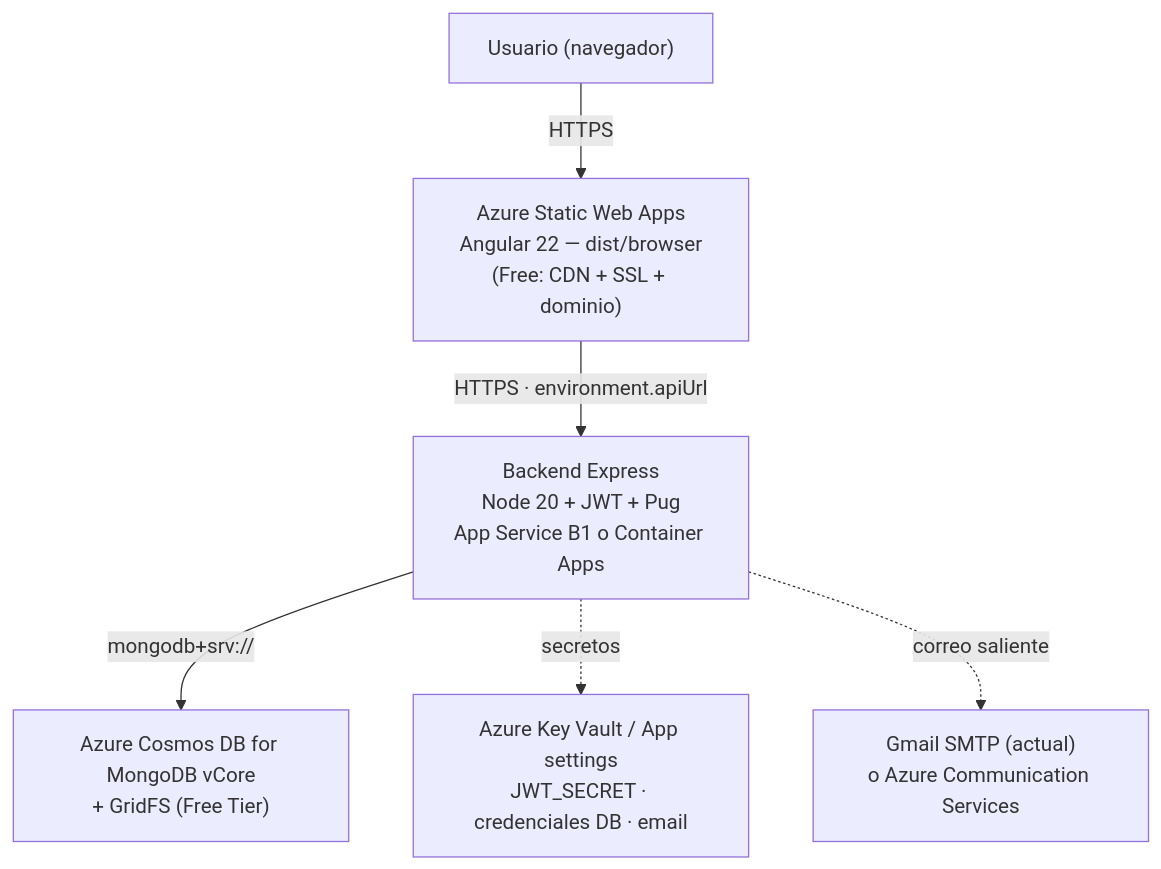
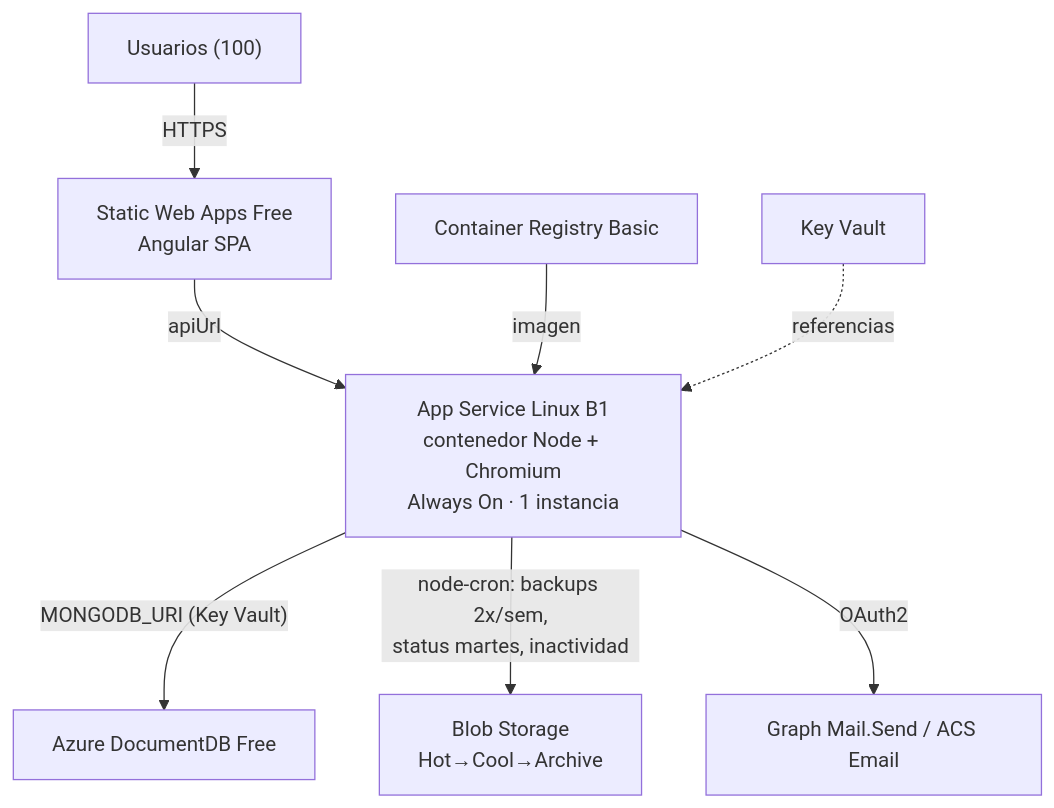
One commit to proyecto-web-abaq/documentation changed the first of 3 diagrams in docs/technical/cloud-deployment.md. Above: the diagram before and after it, drawn with Mermaid. The commit also changed other lines of this file and 59 other files, not shown here.

````diff
--- a/docs/technical/cloud-deployment.md
+++ b/docs/technical/cloud-deployment.md
@@ -125,8 +130,10 @@
 ```mermaid
 flowchart TD
-    U["Usuario (navegador)"] -->|HTTPS| SWA["Azure Static Web Apps<br/>Angular 22 — dist/browser<br/>(Free: CDN + SSL + dominio)"]
-    SWA -->|HTTPS · environment.apiUrl| BE["Backend Express<br/>Node 20 + JWT + Pug<br/>App Service B1 o Container Apps"]
-    BE -->|mongodb+srv://| DB["Azure Cosmos DB for MongoDB vCore<br/>+ GridFS (Free Tier)"]
-    BE -.->|secretos| KV["Azure Key Vault / App settings<br/>JWT_SECRET · credenciales DB · email"]
-    BE -.->|correo saliente| MAIL["Gmail SMTP (actual)<br/>o Azure Communication Services"]
+    U["Usuarios (100)"] -->|HTTPS| SWA["Static Web Apps Free<br/>Angular SPA"]
+    SWA -->|apiUrl| AS["App Service Linux B1<br/>contenedor Node + Chromium<br/>Always On · 1 instancia"]
+    ACR["Container Registry Basic"] -->|imagen| AS
+    AS -->|"MONGODB_URI (Key Vault)"| DB["Azure DocumentDB Free"]
+    AS -->|"node-cron: backups 2x/sem,<br/>status martes, inactividad"| BLOB["Blob Storage<br/>Hot→Cool→Archive"]
+    AS -->|OAuth2| MAIL["Graph Mail.Send / ACS Email"]
+    KV["Key Vault"] -.referencias.-> AS
 ```
````
